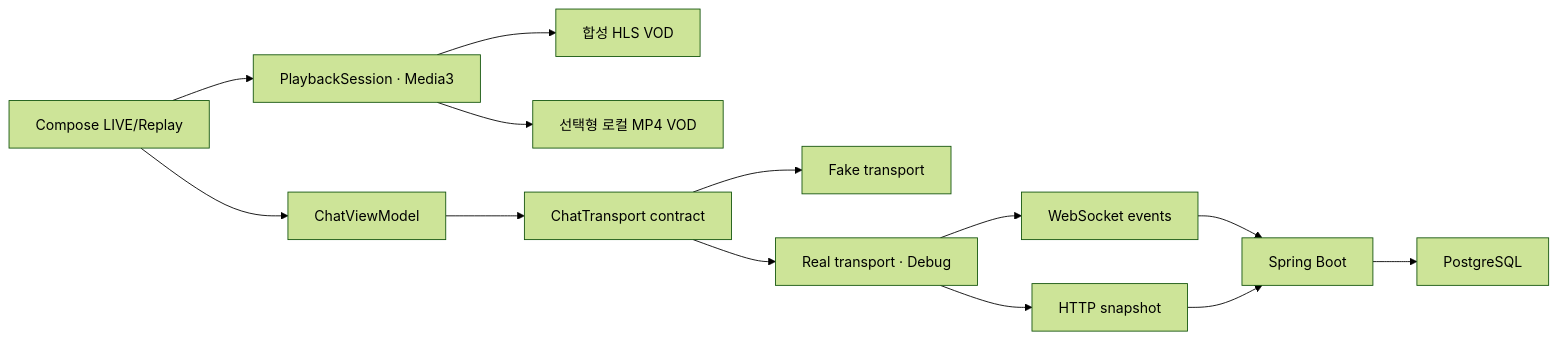
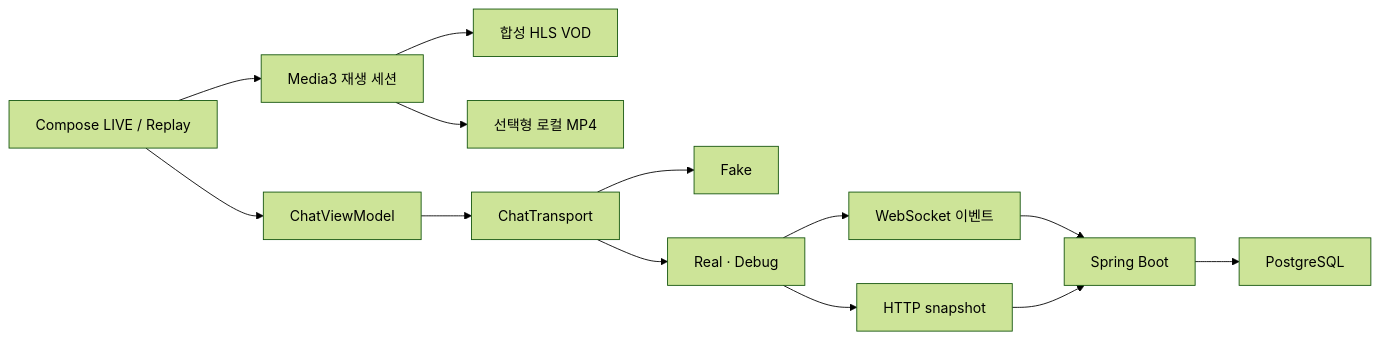
The second of 2 diagrams in docs/architecture.md (CodingBot000/fanstage-android-ai-harness), drawn with Mermaid (forest theme) before and after one commit. The commit also changed other lines of this file and 19 other files, not shown here.

```diff
--- a/docs/architecture.md
+++ b/docs/architecture.md
@@ -33,15 +42,15 @@
 ~~~mermaid
 flowchart LR
-  SCREEN["Compose LIVE/Replay"] --> PLAYER["PlaybackSession · Media3"]
-  SCREEN --> VM["ChatViewModel"]
-  PLAYER --> HLS["합성 HLS VOD"]
-  PLAYER --> MP4["선택형 로컬 MP4 VOD"]
-  VM --> CT["ChatTransport contract"]
-  CT --> FAKE["Fake transport"]
-  CT --> REAL["Real transport · Debug"]
-  REAL --> WS["WebSocket events"]
-  REAL --> HTTP["HTTP snapshot"]
-  WS --> SERVER["Spring Boot"]
-  HTTP --> SERVER
-  SERVER --> PG["PostgreSQL"]
+    UI["Compose LIVE / Replay"] --> PLAYER["Media3 재생 세션"]
+    UI --> VM["ChatViewModel"]
+    PLAYER --> HLS["합성 HLS VOD"]
+    PLAYER --> MP4["선택형 로컬 MP4"]
+    VM --> CONTRACT["ChatTransport"]
+    CONTRACT --> FAKE["Fake"]
+    CONTRACT --> REAL["Real · Debug"]
+    REAL --> WS["WebSocket 이벤트"]
+    REAL --> HTTP["HTTP snapshot"]
+    WS --> SERVER["Spring Boot"]
+    HTTP --> SERVER
+    SERVER --> PG["PostgreSQL"]
 ~~~
```
